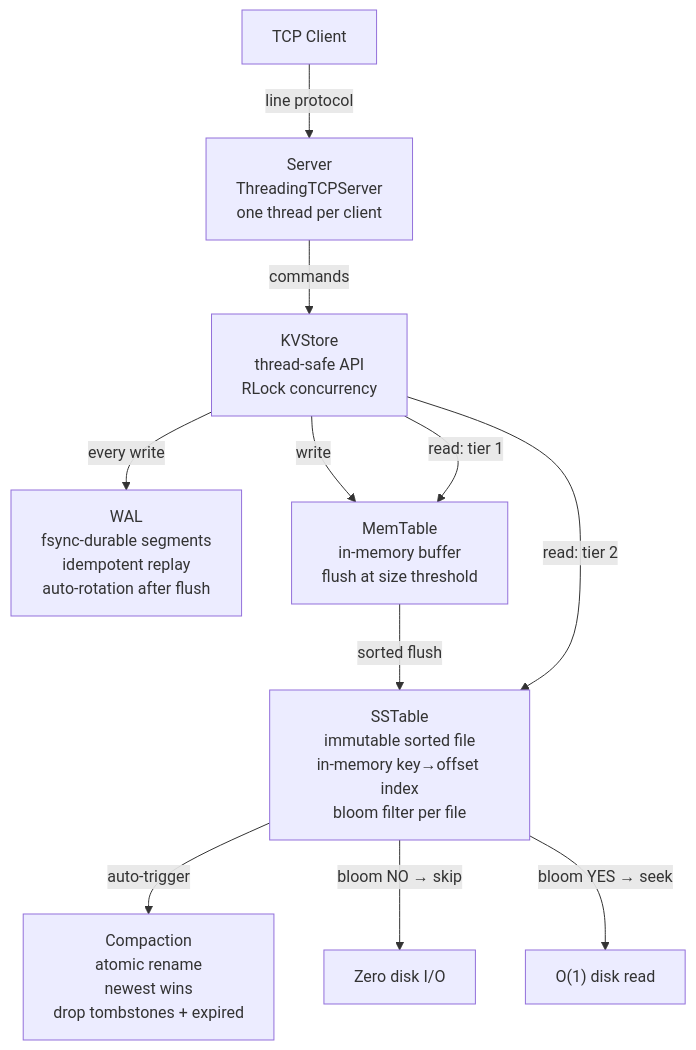
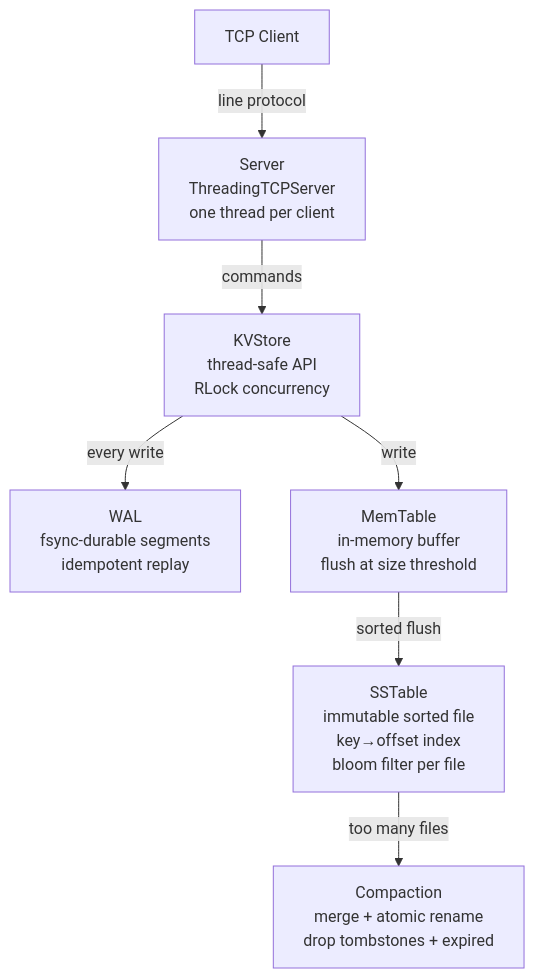
One commit to AshrafAhmed9/kv-store changed the diagram in README.md. Above: the diagram before and after it, drawn with Mermaid. The commit also changed other lines of this file and 1 other file, not shown here.

Commit message:
Rewrite README for clarity, fix CI trigger branch (master -> main)

````diff
--- a/README.md
+++ b/README.md
@@ -19,16 +25,11 @@
 ```mermaid
 flowchart TD
-    Client["TCP Client"] -->|line protocol| Server["Server\nThreadingTCPServer\none thread per client"]
-    Server -->|commands| Store["KVStore\nthread-safe API\nRLock concurrency"]
+    Client["TCP Client"] -->|line protocol| Server["Server<br/>ThreadingTCPServer<br/>one thread per client"]
+    Server -->|commands| Store["KVStore<br/>thread-safe API<br/>RLock concurrency"]
 
-    Store -->|every write| WAL["WAL\nfsync-durable segments\nidempotent replay\nauto-rotation after flush"]
-    Store -->|write| MT["MemTable\nin-memory buffer\nflush at size threshold"]
+    Store -->|every write| WAL["WAL<br/>fsync-durable segments<br/>idempotent replay"]
+    Store -->|write| MT["MemTable<br/>in-memory buffer<br/>flush at size threshold"]
 
-    MT -->|sorted flush| SST["SSTable\nimmutable sorted file\nin-memory key→offset index\nbloom filter per file"]
-    SST -->|auto-trigger| Compact["Compaction\natomic rename\nnewest wins\ndrop tombstones + expired"]
-
-    Store -->|"read: tier 1"| MT
-    Store -->|"read: tier 2"| SST
-    SST -->|"bloom NO → skip"| Skip["Zero disk I/O"]
-    SST -->|"bloom YES → seek"| Disk["O(1) disk read"]
+    MT -->|sorted flush| SST["SSTable<br/>immutable sorted file<br/>key→offset index<br/>bloom filter per file"]
+    SST -->|too many files| Compact["Compaction<br/>merge + atomic rename<br/>drop tombstones + expired"]
 ```
````
